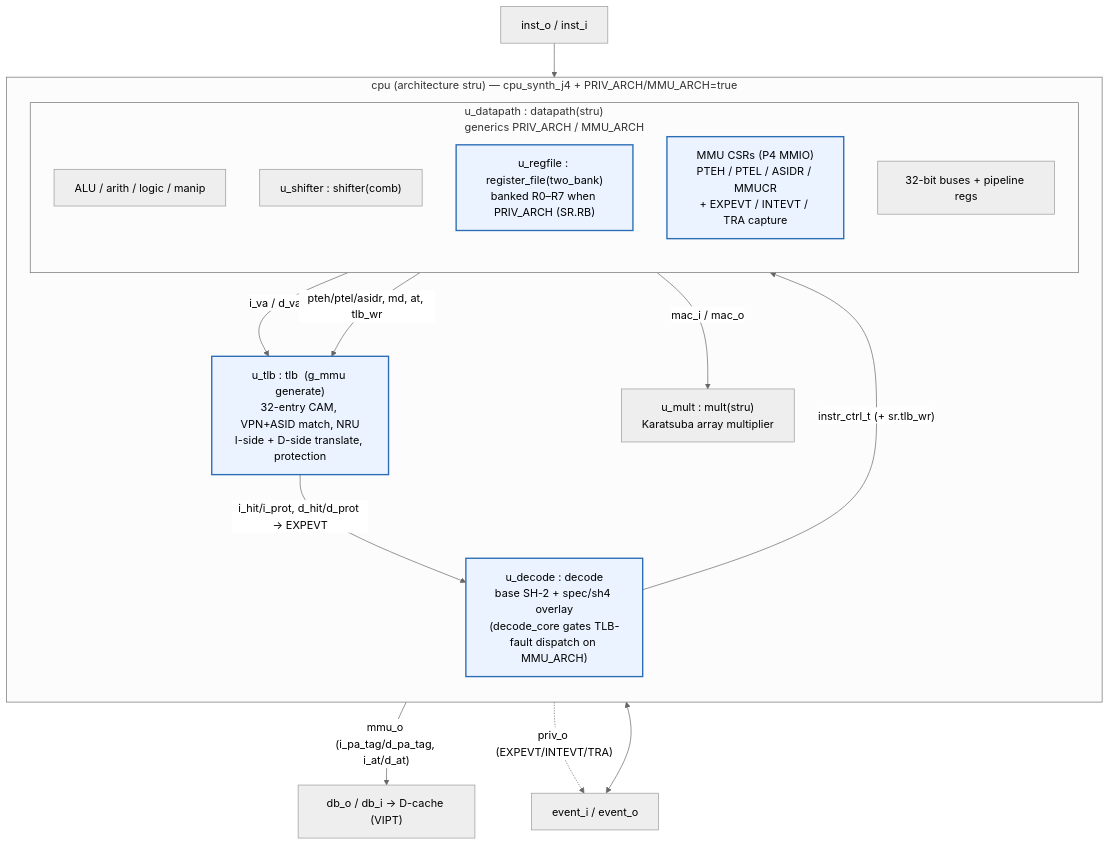
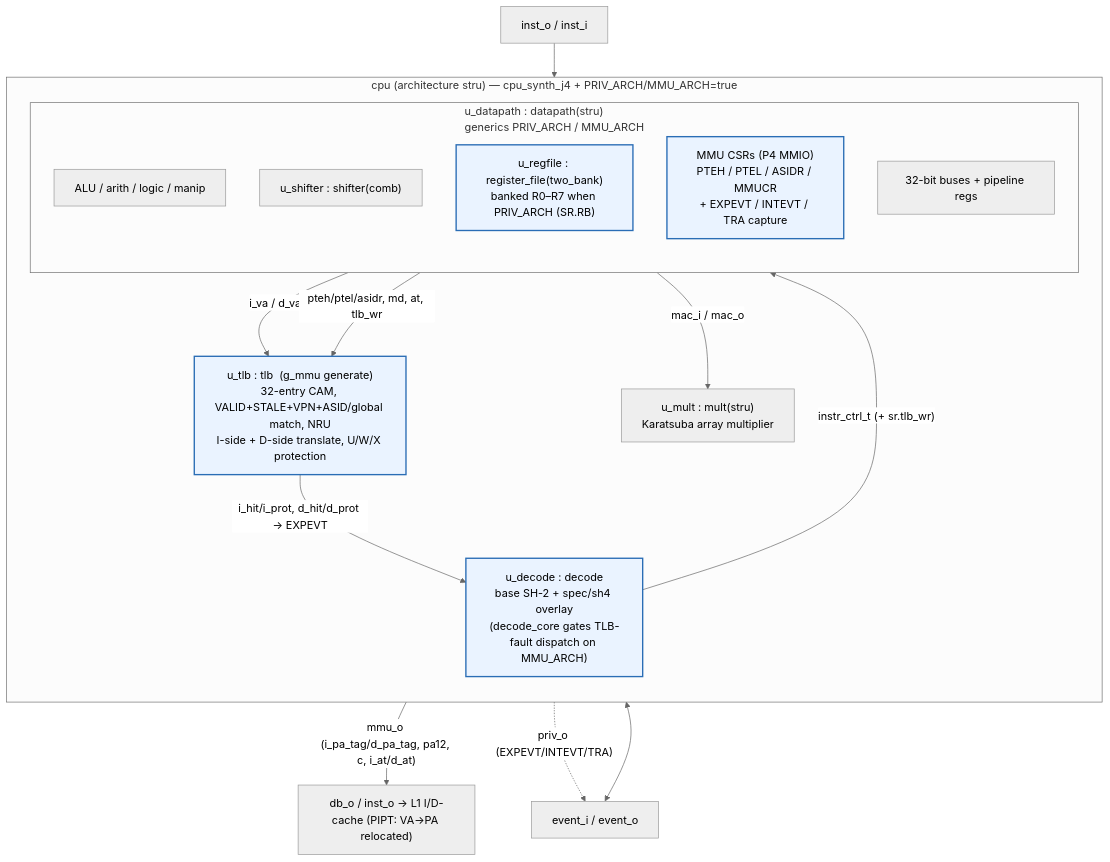
One commit to mountain-reverie/jcore-cpu changed the first of 2 diagrams in docs/architecture/j4.md. Above: the diagram before and after it, drawn with Mermaid (neutral theme). The commit also changed other lines of this file and 3 other files, not shown here.

First line of the commit message:
docs(mmu): TLB architecture — j4.md mermaid + in-depth tlb.md (software/security view) + documented RTL

````diff
--- a/docs/architecture/j4.md
+++ b/docs/architecture/j4.md
@@ -76,29 +76,29 @@
 ```mermaid
 flowchart TB
     subgraph CPU["cpu (architecture stru) — cpu_synth_j4 + PRIV_ARCH/MMU_ARCH=true"]
         direction TB
         DEC["u_decode : decode\nbase SH-2 + spec/sh4 overlay\n(decode_core gates TLB-fault dispatch on MMU_ARCH)"]:::sh4
         MUL["u_mult : mult(stru)\nKaratsuba array multiplier"]
         subgraph DP["u_datapath : datapath(stru)\ngenerics PRIV_ARCH / MMU_ARCH"]
             direction TB
             ALU["ALU / arith / logic / manip"]
             SH["u_shifter : shifter(comb)"]
             RF["u_regfile : register_file(two_bank)\nbanked R0–R7 when PRIV_ARCH (SR.RB)"]:::sh4
             CSR["MMU CSRs (P4 MMIO)\nPTEH / PTEL / ASIDR / MMUCR\n+ EXPEVT / INTEVT / TRA capture"]:::sh4
             BUS["32-bit buses + pipeline regs"]
         end
-        TLB["u_tlb : tlb  (g_mmu generate)\n32-entry CAM, VPN+ASID match, NRU\nI-side + D-side translate, protection"]:::sh4
+        TLB["u_tlb : tlb  (g_mmu generate)\n32-entry CAM, VALID+STALE+VPN+ASID/global match, NRU\nI-side + D-side translate, U/W/X protection"]:::sh4
     end
 
     IBUS["inst_o / inst_i"] --> DEC
     DEC -- "instr_ctrl_t (+ sr.tlb_wr)" --> DP
     DP -- "mac_i / mac_o" --> MUL
     DP -- "i_va / d_va" --> TLB
     DP -- "pteh/ptel/asidr, md, at, tlb_wr" --> TLB
     TLB -- "i_hit/i_prot, d_hit/d_prot → EXPEVT" --> DEC
-    TLB -- "mmu_o (i_pa_tag/d_pa_tag, i_at/d_at)" --> DBUS["db_o / db_i → D-cache (VIPT)"]
+    TLB -- "mmu_o (i_pa_tag/d_pa_tag, pa12, c, i_at/d_at)" --> DBUS["db_o / inst_o → L1 I/D-cache (PIPT: VA→PA relocated)"]
     DP -. "priv_o (EXPEVT/INTEVT/TRA)" .-> EVT["event_i / event_o"]
     EVT <--> DEC
 
     classDef sh4 fill:#eaf3ff,stroke:#2a6db5,stroke-width:2px;
 ```
````
